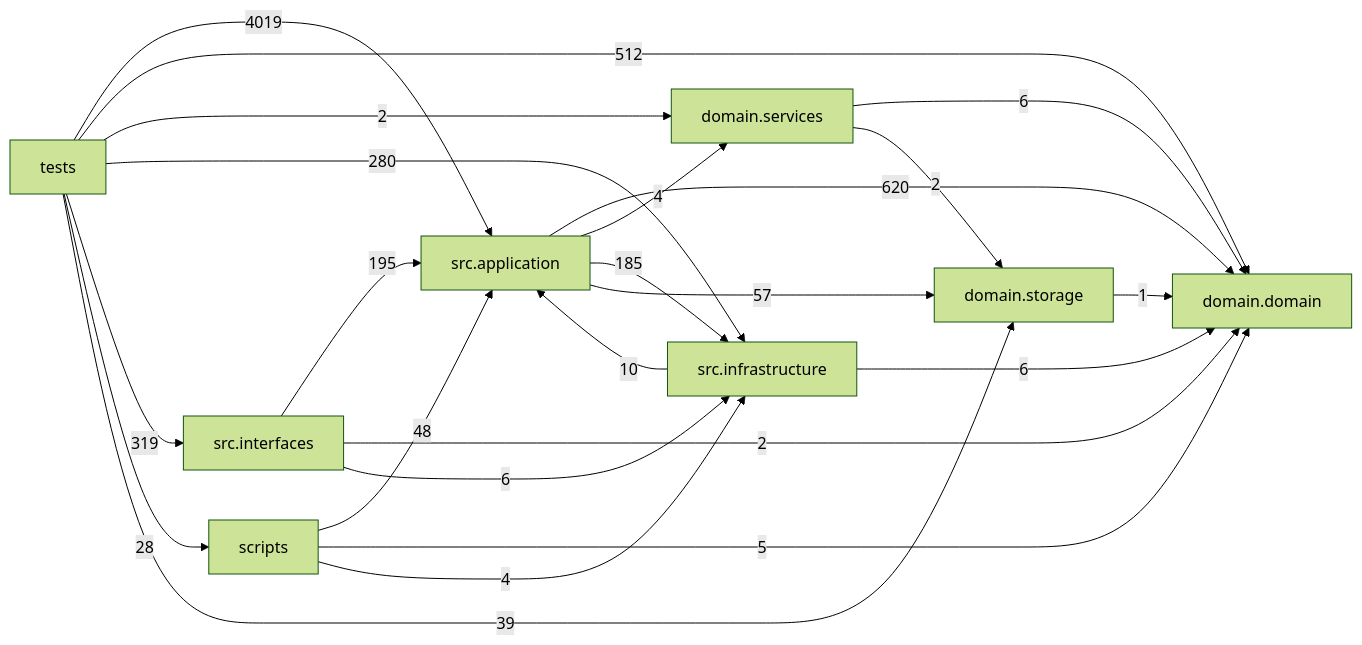
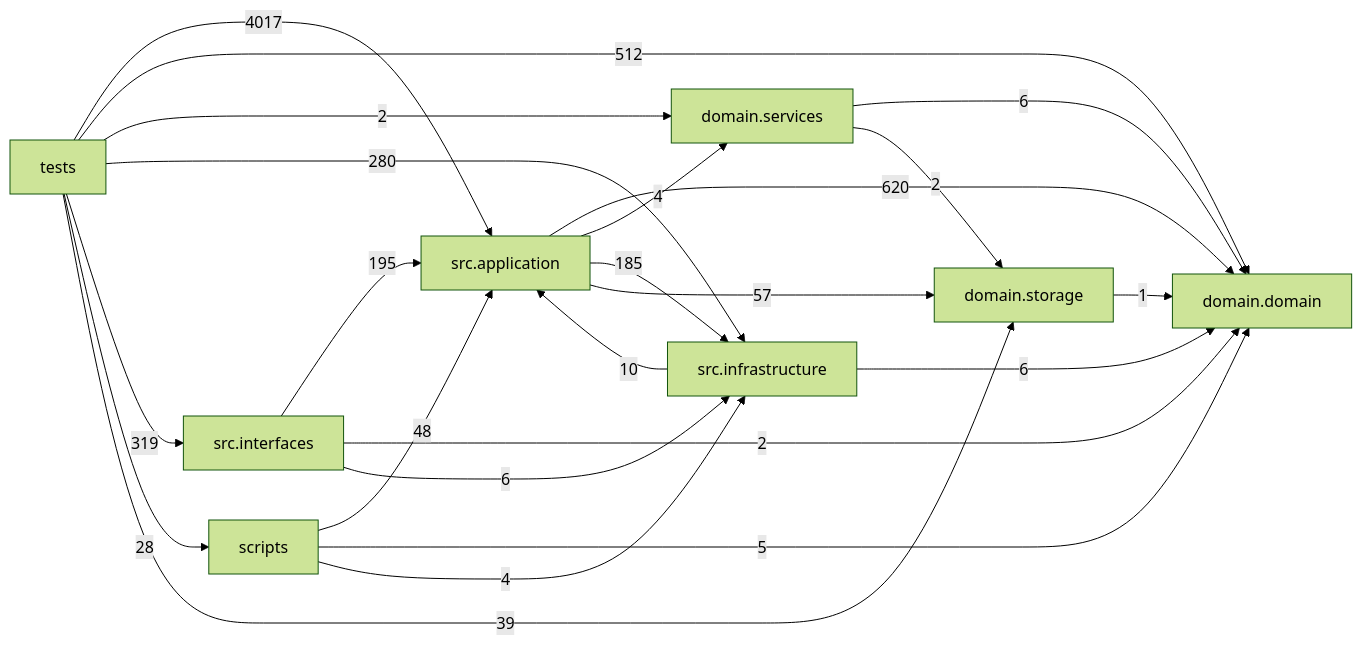
The diagram in docs/DEPENDENCY_GRAPH.md (liuxie066/options-monitor), drawn with Mermaid (forest theme) before and after one commit. The commit also changed other lines of this file and 2 other files, not shown here.

````diff
--- a/docs/DEPENDENCY_GRAPH.md
+++ b/docs/DEPENDENCY_GRAPH.md
@@ -24,33 +24,33 @@
 ```mermaid
 flowchart LR
   tests["tests"]
   scripts["scripts"]
   interfaces["src.interfaces"]
   application["src.application"]
   infrastructure["src.infrastructure"]
   domain_services["domain.services"]
   domain["domain.domain"]
   storage["domain.storage"]
   application -->|620| domain
   application -->|4| domain_services
   application -->|185| infrastructure
   application -->|57| storage
   domain_services -->|6| domain
   domain_services -->|2| storage
   infrastructure -->|10| application
   infrastructure -->|6| domain
   interfaces -->|195| application
   interfaces -->|2| domain
   interfaces -->|6| infrastructure
   scripts -->|48| application
   scripts -->|5| domain
   scripts -->|4| infrastructure
   storage -->|1| domain
-  tests -->|4019| application
+  tests -->|4017| application
   tests -->|512| domain
   tests -->|2| domain_services
   tests -->|280| infrastructure
   tests -->|319| interfaces
   tests -->|28| scripts
   tests -->|39| storage
 ```
````
